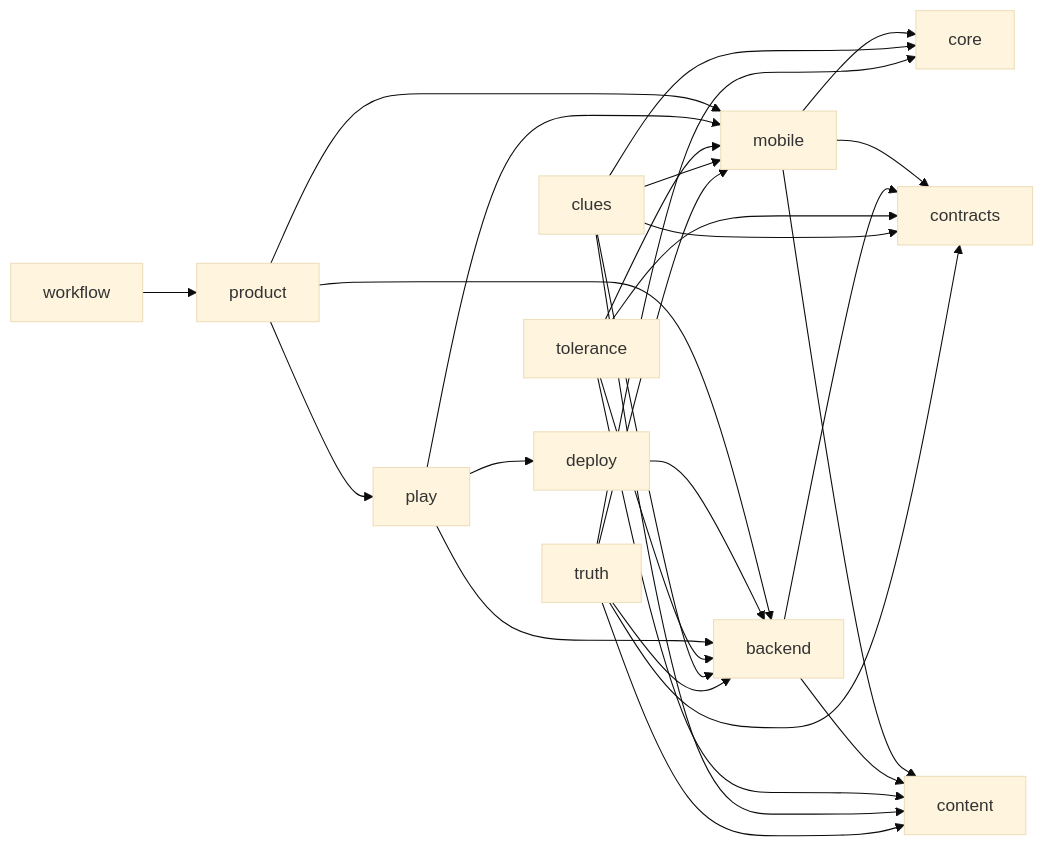
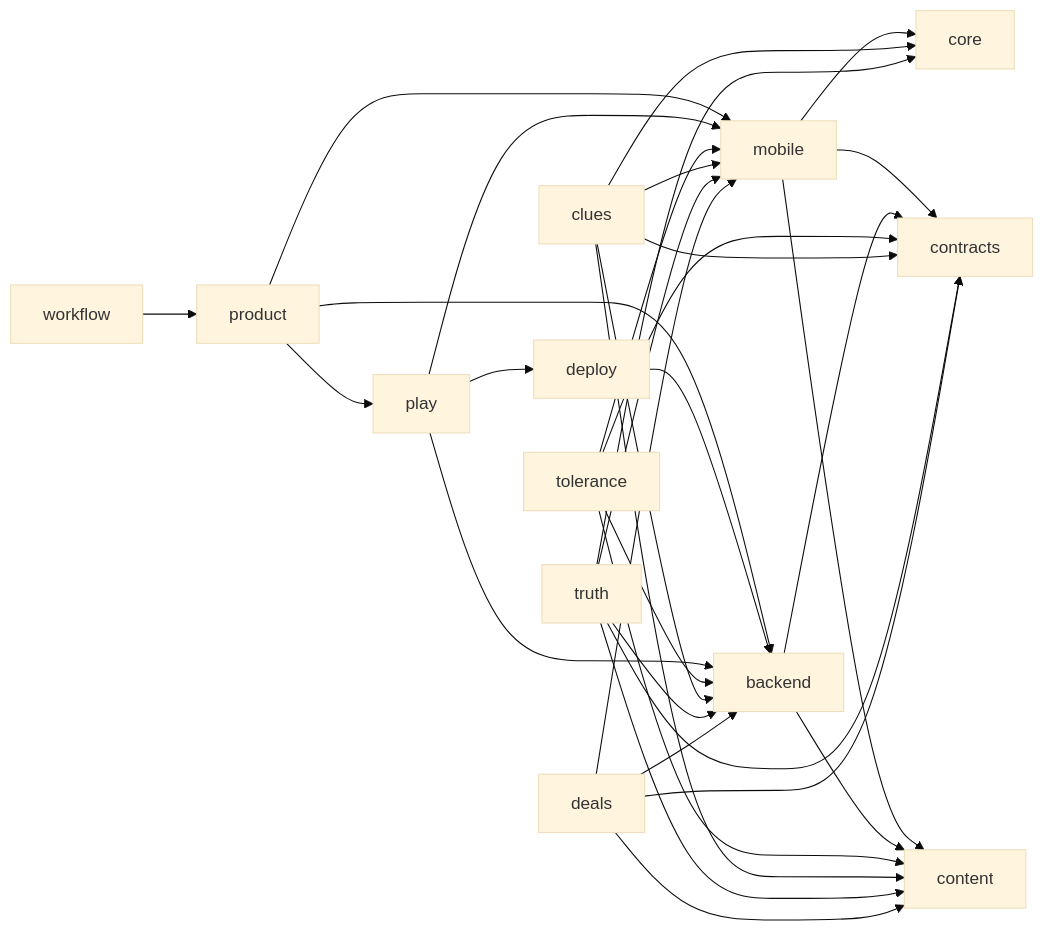
One commit to danilagarev/partybox changed the diagram in docs/PROJECT_GRAPH.md. Above: the diagram before and after it, drawn with Mermaid (base theme). The commit also changed other lines of this file and 49 other files, not shown here.

````diff
--- a/docs/PROJECT_GRAPH.md
+++ b/docs/PROJECT_GRAPH.md
@@ -9,30 +9,34 @@
 ```mermaid
 flowchart LR
   product --> mobile
   product --> backend
   mobile --> core
   mobile --> contracts
   mobile --> content
   backend --> contracts
   backend --> content
   deploy --> backend
   workflow --> product
   product --> play
   play --> mobile
   play --> backend
   play --> deploy
   tolerance --> backend
   tolerance --> mobile
   tolerance --> contracts
   tolerance --> content
   clues --> backend
   clues --> mobile
   clues --> contracts
   clues --> content
   clues --> core
   truth --> backend
   truth --> mobile
   truth --> contracts
   truth --> content
   truth --> core
+  deals --> backend
+  deals --> mobile
+  deals --> contracts
+  deals --> content
 ```
````
